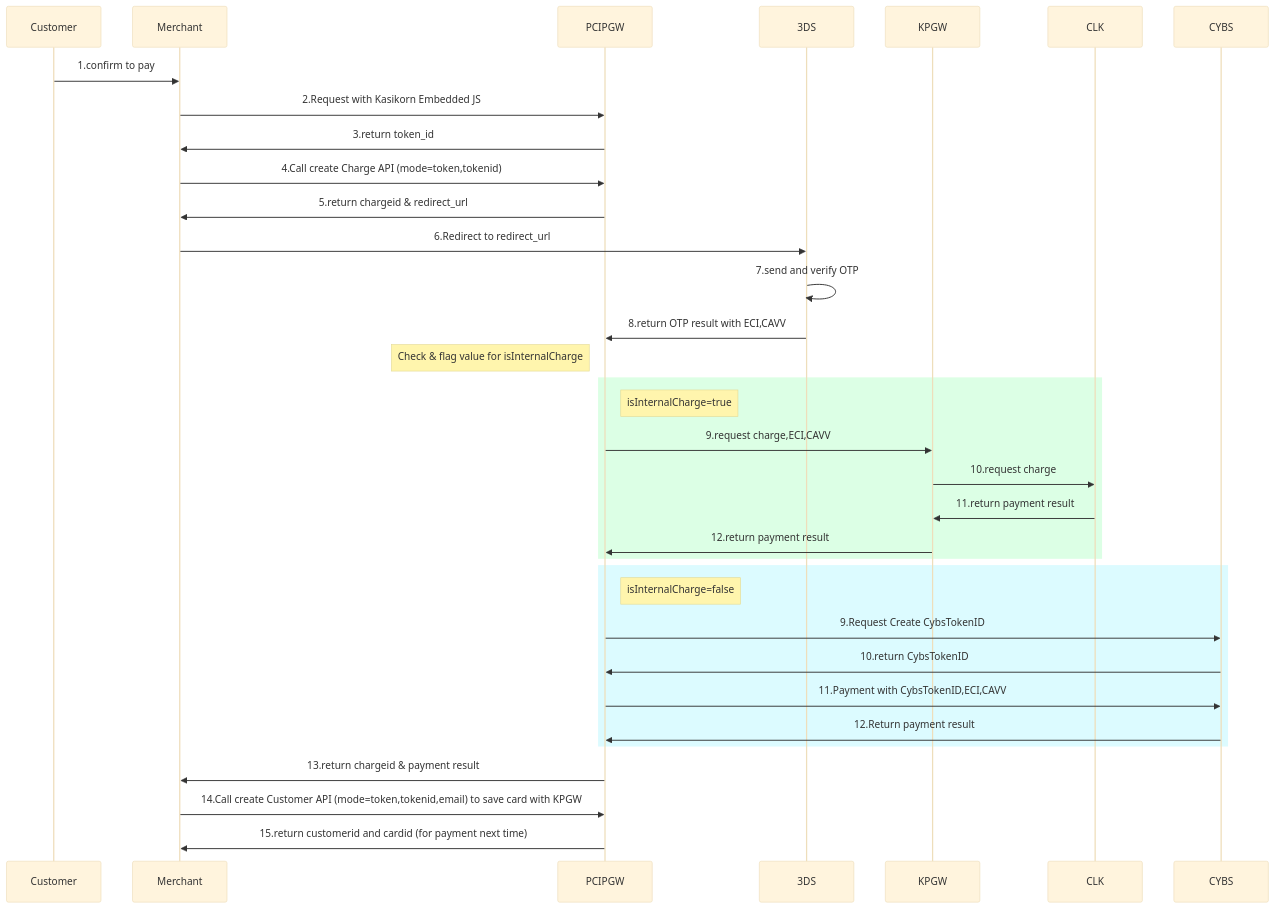
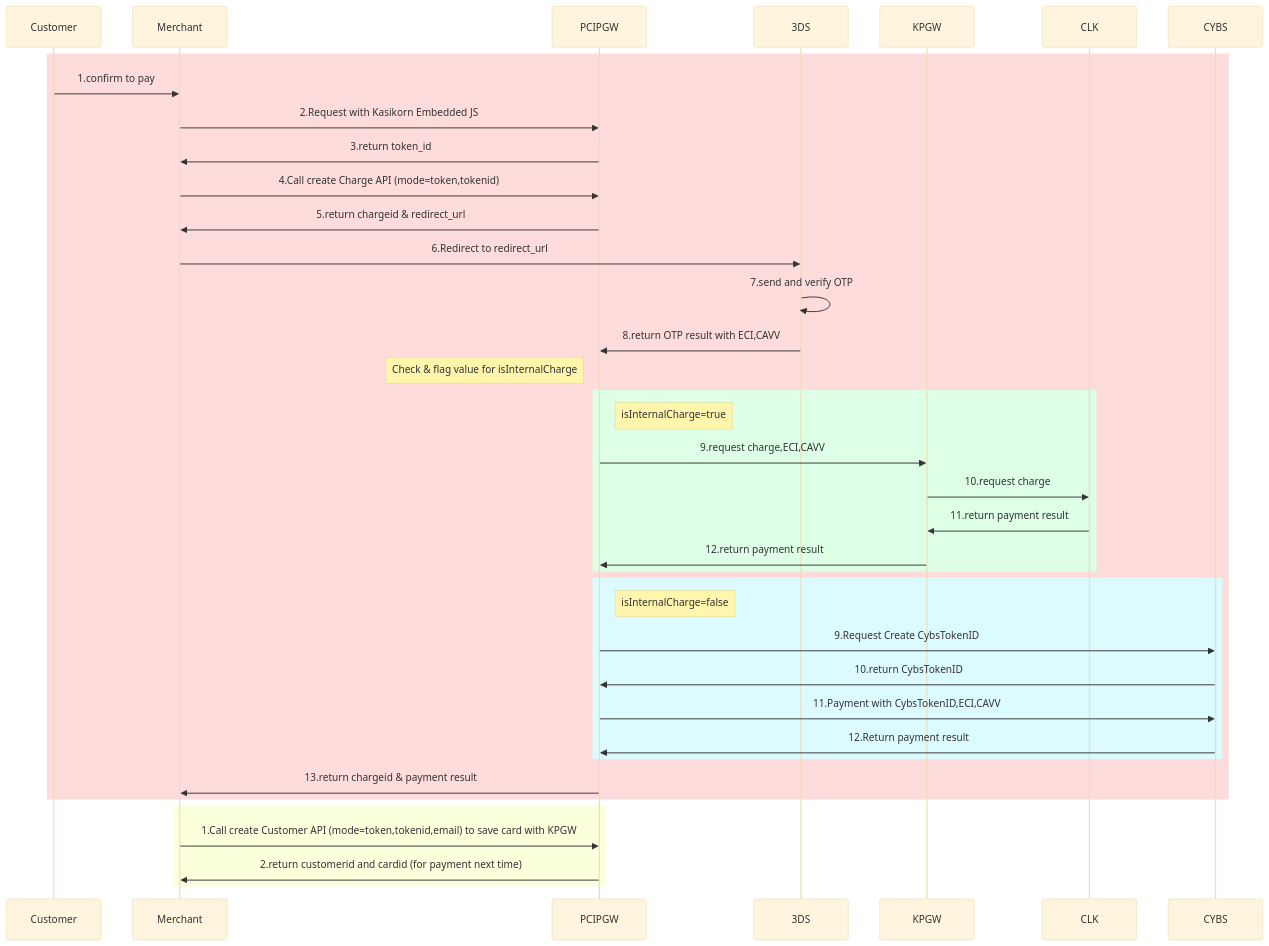
Before and after one commit to yuusuke25/MyNotes: the second of 6 diagrams in Cybs-Ph2-Flow1.md, drawn with Mermaid (base theme). The commit also changed other lines of this file, not shown here.

````diff
--- a/Cybs-Ph2-Flow1.md
+++ b/Cybs-Ph2-Flow1.md
@@ -31,38 +35,40 @@
 ```mermaid
     sequenceDiagram
-        Customer->>Merchant:1.confirm to pay
-        Merchant->>PCIPGW:2.Request with Kasikorn Embedded JS
-        PCIPGW->>Merchant:3.return token_id
-        Merchant->>PCIPGW:4.Call create Charge API (mode=token,tokenid)
-        PCIPGW->>Merchant:5.return chargeid & redirect_url
-        
-        Merchant->>3DS:6.Redirect to redirect_url
-        3DS->>3DS:7.send and verify OTP
-        3DS->>PCIPGW:8.return OTP result with ECI,CAVV
-            
-        Note left of PCIPGW: Check & flag value for isInternalCharge
-        
-        rect rgb(220, 255, 229)
-            Note right of PCIPGW: isInternalCharge=true
-            PCIPGW->>KPGW:9.request charge,ECI,CAVV
-            KPGW->>CLK:10.request charge
-            CLK->>KPGW:11.return payment result
-            KPGW->>PCIPGW:12.return payment result
+        rect rgb(255, 220, 220)
+            Customer->>Merchant:1.confirm to pay
+            Merchant->>PCIPGW:2.Request with Kasikorn Embedded JS
+            PCIPGW->>Merchant:3.return token_id
+            Merchant->>PCIPGW:4.Call create Charge API (mode=token,tokenid)
+            PCIPGW->>Merchant:5.return chargeid & redirect_url
+
+            Merchant->>3DS:6.Redirect to redirect_url
+            3DS->>3DS:7.send and verify OTP
+            3DS->>PCIPGW:8.return OTP result with ECI,CAVV
+
+            Note left of PCIPGW: Check & flag value for isInternalCharge
+
+            rect rgb(220, 255, 229)
+                Note right of PCIPGW: isInternalCharge=true
+                PCIPGW->>KPGW:9.request charge,ECI,CAVV
+                KPGW->>CLK:10.request charge
+                CLK->>KPGW:11.return payment result
+                KPGW->>PCIPGW:12.return payment result
+            end
+
+            rect rgb(220, 251, 255)
+                Note right of PCIPGW: isInternalCharge=false
+                PCIPGW->>CYBS:9.Request Create CybsTokenID
+                CYBS->>PCIPGW:10.return CybsTokenID
+                PCIPGW->>CYBS:11.Payment with CybsTokenID,ECI,CAVV
+                CYBS->>PCIPGW:12.Return payment result
+            end
+
+            PCIPGW->>Merchant:13.return chargeid & payment result
         end
         
-        rect rgb(220, 251, 255)
-            Note right of PCIPGW: isInternalCharge=false
-            PCIPGW->>CYBS:9.Request Create CybsTokenID
-            CYBS->>PCIPGW:10.return CybsTokenID
-            PCIPGW->>CYBS:11.Payment with CybsTokenID,ECI,CAVV
-            CYBS->>PCIPGW:12.Return payment result
+        rect rgb(252, 255, 220)
+            Merchant->>PCIPGW:1.Call create Customer API (mode=token,tokenid,email) to save card with KPGW
+            PCIPGW->>Merchant:2.return customerid and cardid (for payment next time)
         end
-        
-        
-        
-        PCIPGW->>Merchant:13.return chargeid & payment result
-
-        Merchant->>PCIPGW:14.Call create Customer API (mode=token,tokenid,email) to save card with KPGW
-        PCIPGW->>Merchant:15.return customerid and cardid (for payment next time)
 
 ```
````
